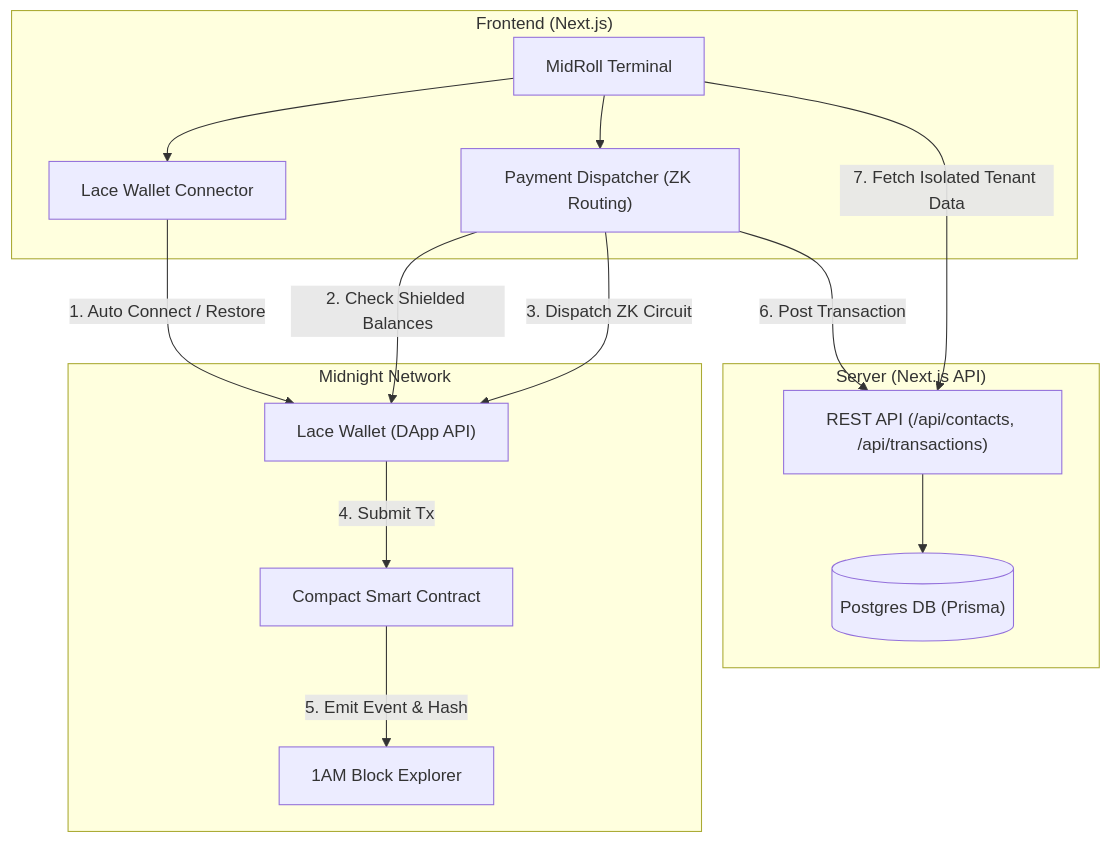
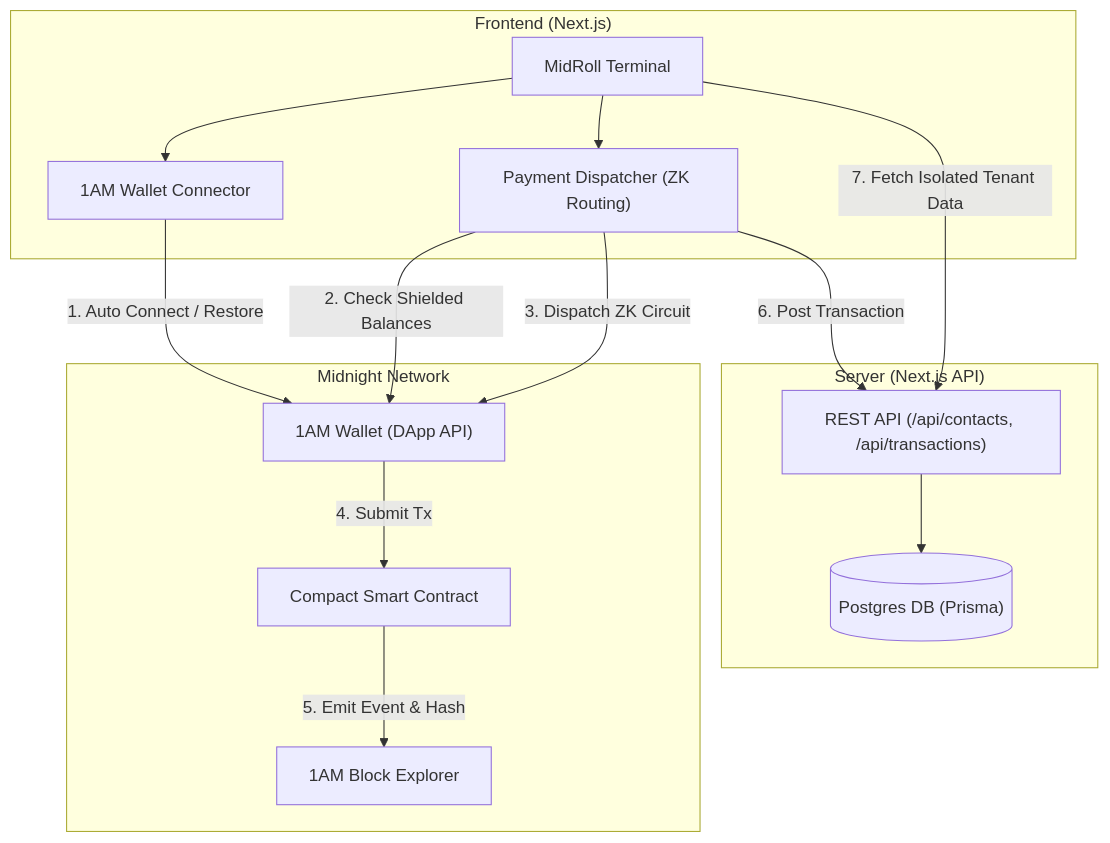
The diagram in README.md (Subho4531/midroll), drawn with Mermaid before and after one commit. The commit also changed other lines of this file and 15 other files, not shown here.

Commit message:
feat(wallet): replace Lace wallet branding and references with 1AM wallet

````diff
--- a/README.md
+++ b/README.md
@@ -65,31 +65,31 @@
 ```mermaid
 graph TD
     subgraph Client ["Frontend (Next.js)"]
         UI["MidRoll Terminal"]
         PM["Payment Dispatcher (ZK Routing)"]
-        AM["Lace Wallet Connector"]
+        AM["1AM Wallet Connector"]
     end
 
     subgraph Backend ["Server (Next.js API)"]
         API["REST API (/api/contacts, /api/transactions)"]
         DB[("Postgres DB (Prisma)")]
     end
 
     subgraph Blockchain ["Midnight Network"]
-        Wallet["Lace Wallet (DApp API)"]
+        Wallet["1AM Wallet (DApp API)"]
         SC["Compact Smart Contract"]
         Explorer["1AM Block Explorer"]
     end
 
     %% Interactions
     UI --> PM
     UI --> AM
     AM -- "1. Auto Connect / Restore" --> Wallet
     PM -- "2. Check Shielded Balances" --> Wallet
     PM -- "3. Dispatch ZK Circuit" --> Wallet
     Wallet -- "4. Submit Tx" --> SC
     SC -- "5. Emit Event & Hash" --> Explorer
     PM -- "6. Post Transaction" --> API
     API --> DB
     UI -- "7. Fetch Isolated Tenant Data" --> API
 ```
````
